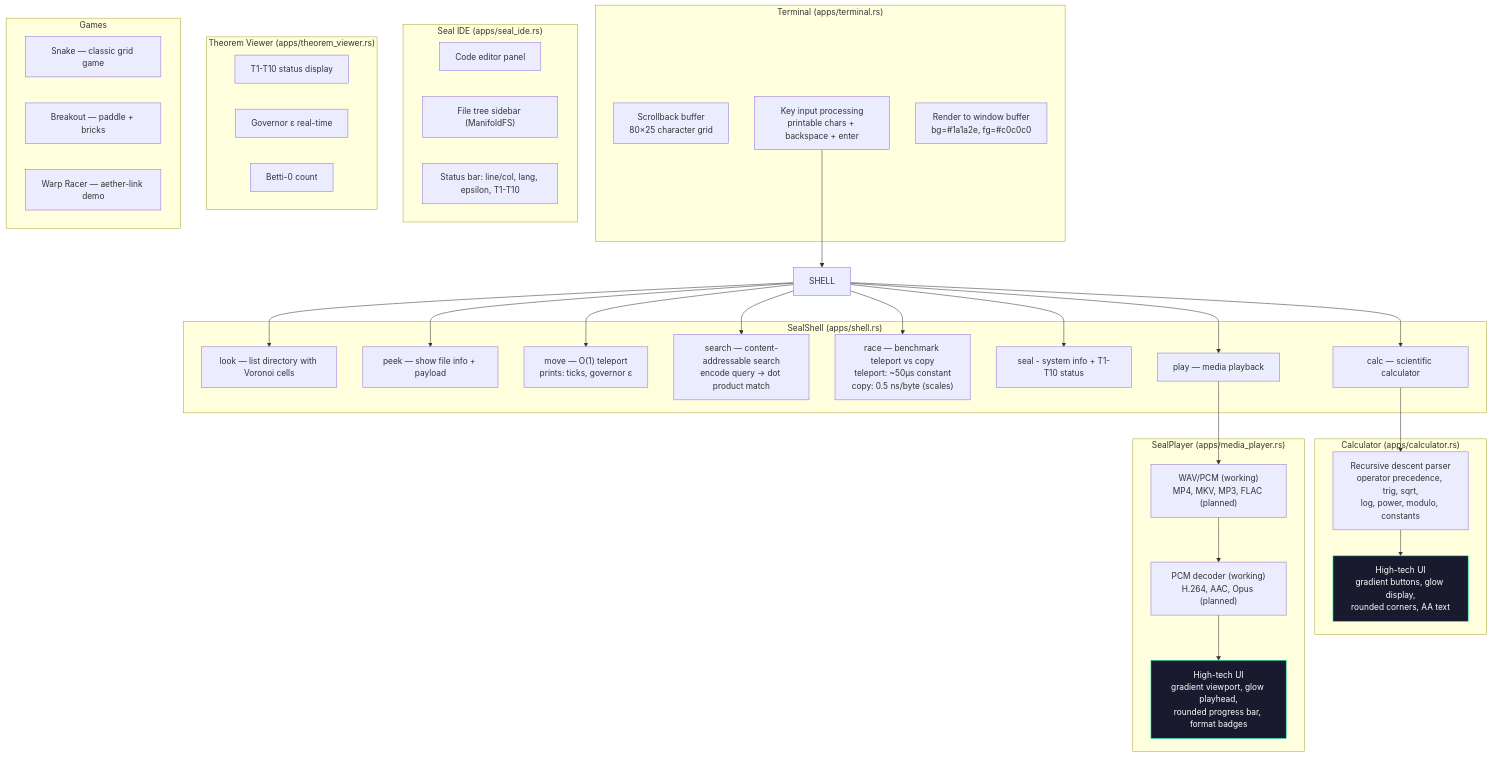
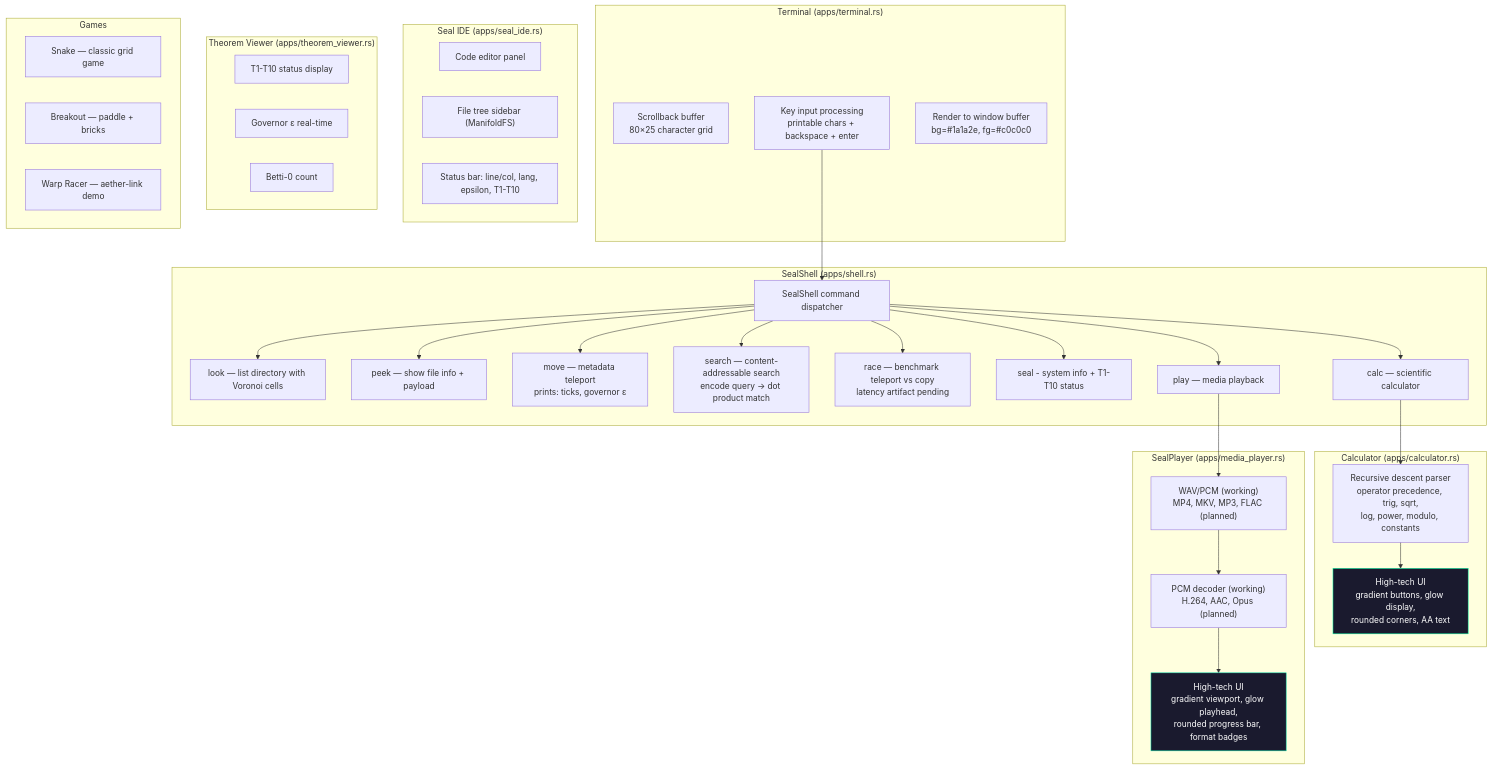
One commit to teerthsharma/Epsilon-Hollow changed diagram 12 of 18 in README.md. Above: the diagram before and after it, drawn with Mermaid. The commit also changed other lines of this file and 110 other files, not shown here.

````diff
--- a/README.md
+++ b/README.md
@@ -911,58 +987,66 @@
 ```mermaid
 graph TD
-    subgraph "Terminal (apps/terminal.rs)"
+    subgraph SG45["Terminal (apps/terminal.rs)"]
         TERM_BUF["Scrollback buffer<br/>80×25 character grid"]
         TERM_IN["Key input processing<br/>printable chars + backspace + enter"]
         TERM_RENDER["Render to window buffer<br/>bg=#1a1a2e, fg=#c0c0c0"]
     end
 
-    subgraph "SealShell (apps/shell.rs)"
+    subgraph SG46["SealShell (apps/shell.rs)"]
+        SHELL["SealShell command dispatcher"]
         LS["look — list directory with Voronoi cells"]
         CAT["peek — show file info + payload"]
-        MV["move — O(1) teleport<br/>prints: ticks, governor ε"]
+        MV["move — metadata teleport<br/>prints: ticks, governor ε"]
         FIND["search — content-addressable search<br/>encode query → dot product match"]
-        RACE["race — benchmark teleport vs copy<br/>teleport: ~50μs constant<br/>copy: 0.5 ns/byte (scales)"]
+        RACE["race — benchmark teleport vs copy<br/>latency artifact pending"]
         THEOREMS["seal - system info + T1-T10 status"]
         CALC_CMD["calc — scientific calculator"]
         PLAY_CMD["play — media playback"]
     end
 
-    subgraph "Calculator (apps/calculator.rs)"
+    subgraph SG47["Calculator (apps/calculator.rs)"]
         CALC_PARSE["Recursive descent parser<br/>operator precedence, trig, sqrt,<br/>log, power, modulo, constants"]
         CALC_UI["High-tech UI<br/>gradient buttons, glow display,<br/>rounded corners, AA text"]
     end
 
-    subgraph "SealPlayer (apps/media_player.rs)"
+    subgraph SG48["SealPlayer (apps/media_player.rs)"]
         PLAYER_FMT["WAV/PCM (working)<br/>MP4, MKV, MP3, FLAC (planned)"]
         PLAYER_CODEC["PCM decoder (working)<br/>H.264, AAC, Opus (planned)"]
         PLAYER_UI["High-tech UI<br/>gradient viewport, glow playhead,<br/>rounded progress bar, format badges"]
     end
 
-    subgraph "Seal IDE (apps/seal_ide.rs)"
+    subgraph SG49["Seal IDE (apps/seal_ide.rs)"]
         IDE_EDIT["Code editor panel"]
         IDE_TREE["File tree sidebar (ManifoldFS)"]
         IDE_STATUS["Status bar: line/col, lang, epsilon, T1-T10"]
     end
 
-    subgraph "Theorem Viewer (apps/theorem_viewer.rs)"
+    subgraph SG50["Theorem Viewer (apps/theorem_viewer.rs)"]
         TV_LIST["T1-T10 status display"]
         TV_EPS["Governor ε real-time"]
         TV_BETTI["Betti-0 count"]
     end
 
-    subgraph "Games"
+    subgraph SG51["Games"]
         SNAKE["Snake — classic grid game"]
         BREAKOUT["Breakout — paddle + bricks"]
         WARP["Warp Racer — aether-link demo"]
     end
 
     TERM_IN --> SHELL
-    SHELL --> LS & CAT & MV & FIND & RACE & THEOREMS & CALC_CMD & PLAY_CMD
+    SHELL --> LS
+    SHELL --> CAT
+    SHELL --> MV
+    SHELL --> FIND
+    SHELL --> RACE
+    SHELL --> THEOREMS
+    SHELL --> CALC_CMD
+    SHELL --> PLAY_CMD
     CALC_CMD --> CALC_PARSE
     CALC_PARSE --> CALC_UI
     PLAY_CMD --> PLAYER_FMT
     PLAYER_FMT --> PLAYER_CODEC --> PLAYER_UI
 
     style CALC_UI fill:#1a1a2e,stroke:#00ffaa,color:#fff
     style PLAYER_UI fill:#1a1a2e,stroke:#00ddaa,color:#fff
 ```
````
